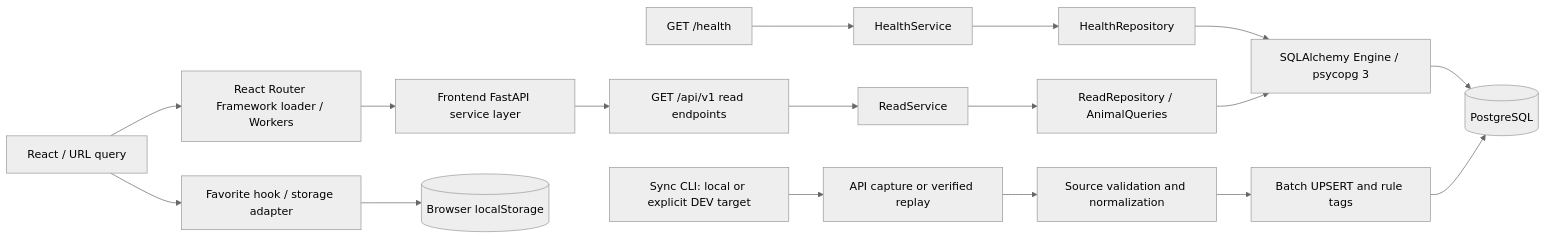
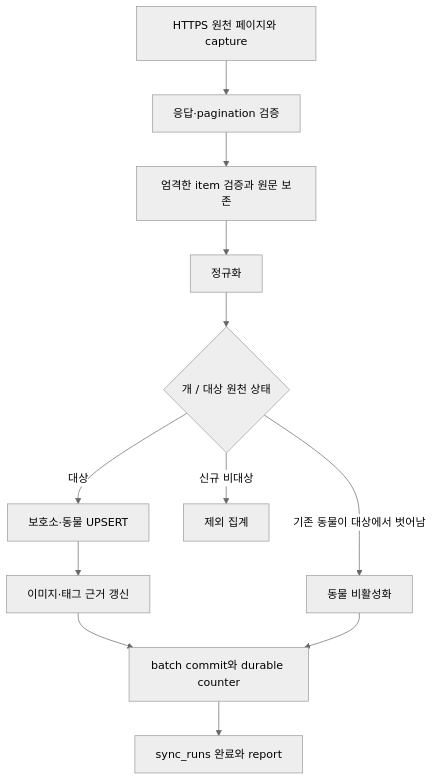
One commit to HAYEONryu/furbebe changed the diagram in docs/architecture.md. Above: the diagram before and after it, drawn with Mermaid (neutral theme). The commit also changed other lines of this file and 47 other files, not shown here.

````diff
--- a/docs/architecture.md
+++ b/docs/architecture.md
@@ -5,19 +30,14 @@
 ```mermaid
-flowchart LR
-    UI[React / URL query] --> L[React Router Framework loader / Workers]
-    L --> F[Frontend FastAPI service layer]
-    F --> A
-    UI --> Fav[Favorite hook / storage adapter]
-    Fav --> LS[(Browser localStorage)]
-    H[GET /health] --> S[HealthService]
-    S --> R[HealthRepository]
-    R --> E[SQLAlchemy Engine / psycopg 3]
-    E --> P[(PostgreSQL)]
-    A[GET /api/v1 read endpoints] --> RS[ReadService]
-    RS --> RR[ReadRepository / AnimalQueries]
-    RR --> E
-    C[Sync CLI: local or explicit DEV target] --> V[API capture or verified replay]
-    V --> N[Source validation and normalization]
-    N --> B[Batch UPSERT and rule tags]
-    B --> P
+flowchart TD
+  A[HTTPS 원천 페이지와 capture] --> B[응답·pagination 검증]
+  B --> C[엄격한 item 검증과 원문 보존]
+  C --> D[정규화]
+  D --> E{개 / 대상 원천 상태}
+  E -->|대상| F[보호소·동물 UPSERT]
+  E -->|기존 동물이 대상에서 벗어남| G[동물 비활성화]
+  E -->|신규 비대상| H[제외 집계]
+  F --> I[이미지·태그 근거 갱신]
+  I --> J[batch commit와 durable counter]
+  G --> J
+  J --> K[sync_runs 완료와 report]
 ```
````
